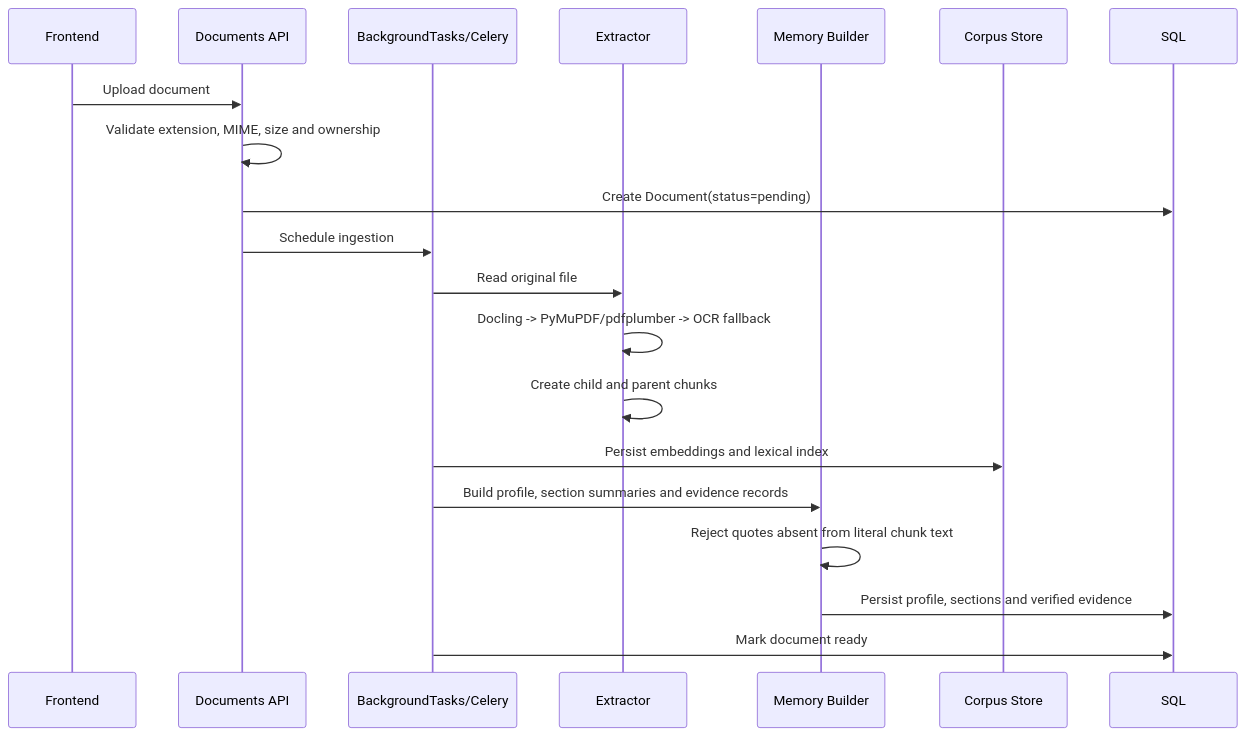
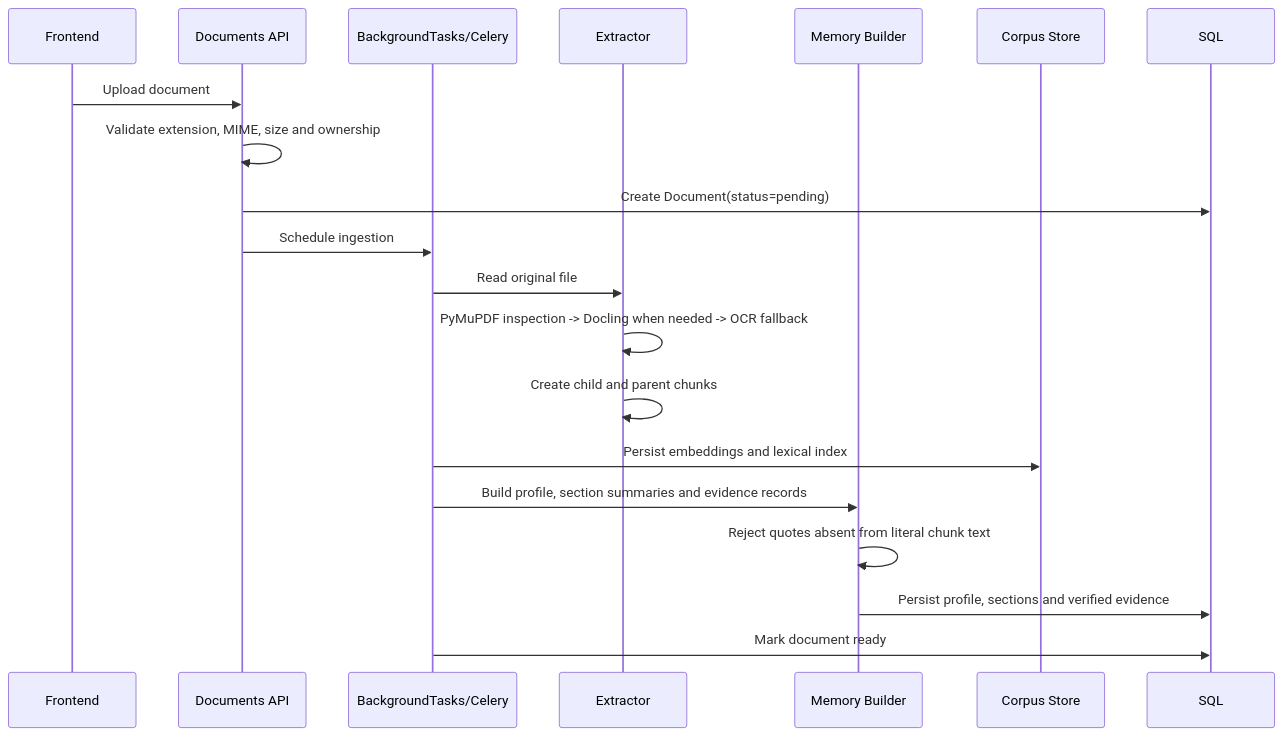
The third of 7 diagrams in docs/ARCHITECTURE.md (Shazam15/PDF-Assistant-RAG), drawn with Mermaid before and after one commit. The commit also changed other lines of this file and 4 other files, not shown here.

First line of the commit message:
Add changelog, deep architecture docs, and MCP tool docs

````diff
--- a/docs/ARCHITECTURE.md
+++ b/docs/ARCHITECTURE.md
@@ -160,23 +162,23 @@
 ```mermaid
 sequenceDiagram
     participant UI as Frontend
     participant API as Documents API
     participant Queue as BackgroundTasks/Celery
     participant Extractor as Extractor
     participant Memory as Memory Builder
     participant Store as Corpus Store
     participant DB as SQL
 
     UI->>API: Upload document
     API->>API: Validate extension, MIME, size and ownership
     API->>DB: Create Document(status=pending)
     API->>Queue: Schedule ingestion
     Queue->>Extractor: Read original file
-    Extractor->>Extractor: Docling -> PyMuPDF/pdfplumber -> OCR fallback
+    Extractor->>Extractor: PyMuPDF inspection -> Docling when needed -> OCR fallback
     Extractor->>Extractor: Create child and parent chunks
     Queue->>Store: Persist embeddings and lexical index
     Queue->>Memory: Build profile, section summaries and evidence records
     Memory->>Memory: Reject quotes absent from literal chunk text
     Memory->>DB: Persist profile, sections and verified evidence
     Queue->>DB: Mark document ready
 ```
````
